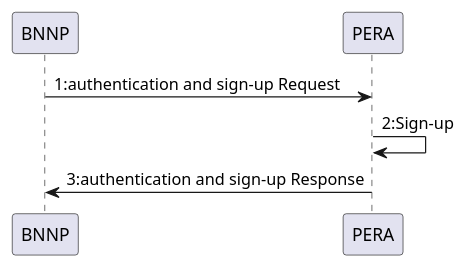
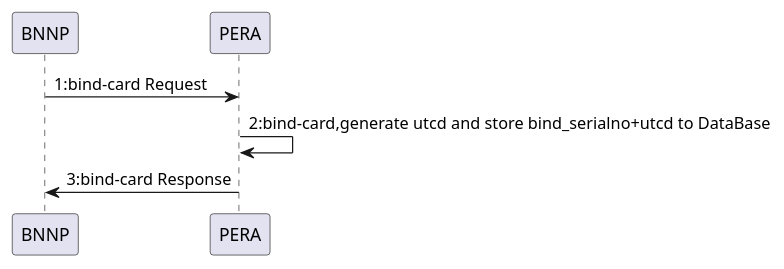
One commit to nbydi/some_documents changed the second of 3 diagrams in bnnp_docs/02 外部接口/pera-hub/sequence.md. Above: the diagram before and after it, drawn with PlantUML. The commit also changed other lines of this file and 1 other file, not shown here.

Commit message:
增加了6.2.2 章节。 增加了序列图。

````diff
--- a/bnnp_docs/02 外部接口/pera-hub/sequence.md
+++ b/bnnp_docs/02 外部接口/pera-hub/sequence.md
@@ -11,7 +11,7 @@
 ```plantuml
 @startuml
-BNNP->PERA: 1:authentication and sign-up Request
-PERA->PERA: 2:Sign-up
-BNNP<-PERA: 3:authentication and sign-up Response
+BNNP->PERA: 1:bind-card Request
+PERA->PERA: 2:bind-card,generate utcd and store bind_serialno+utcd to DataBase
+BNNP<-PERA: 3:bind-card Response
 @end
 ```
````
